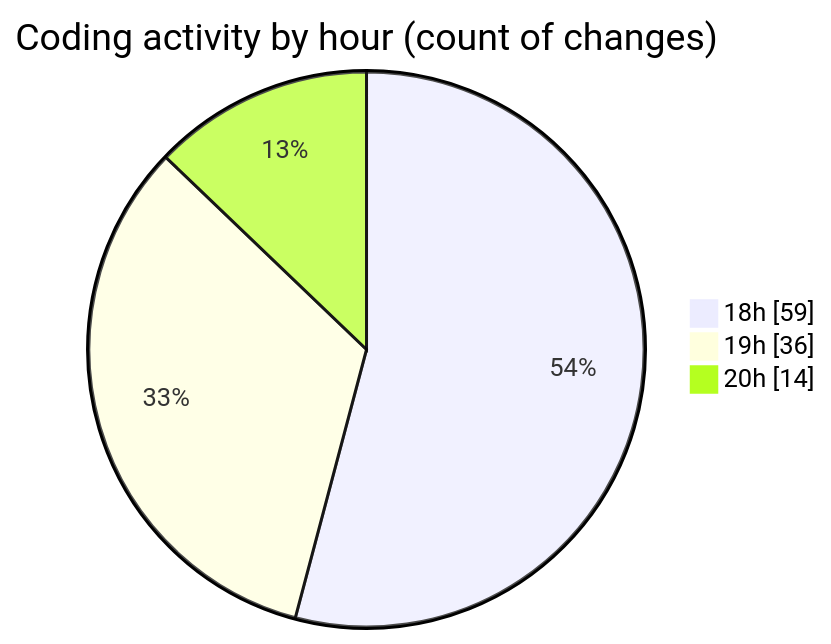
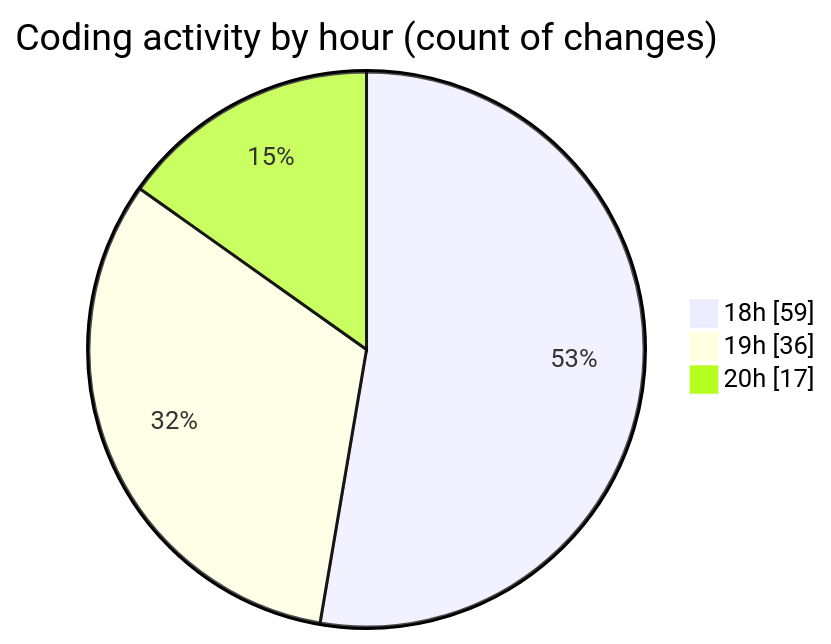
Before and after one commit to Netris89/code-tracking: the second of 2 diagrams in 2025-04-02/back-end/README.md, drawn with Mermaid. The commit also changed other lines of this file and 1 other file, not shown here.

````diff
--- a/2025-04-02/back-end/README.md
+++ b/2025-04-02/back-end/README.md
@@ -30,7 +30,7 @@
 ```mermaid
 pie showData
 title Coding activity by hour (count of changes)
 "18h" : 59
 "19h" : 36
-"20h" : 14
+"20h" : 17
 ```
````
